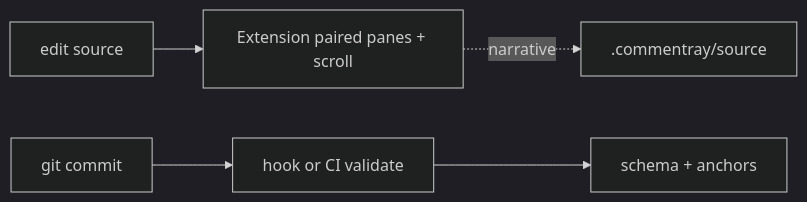
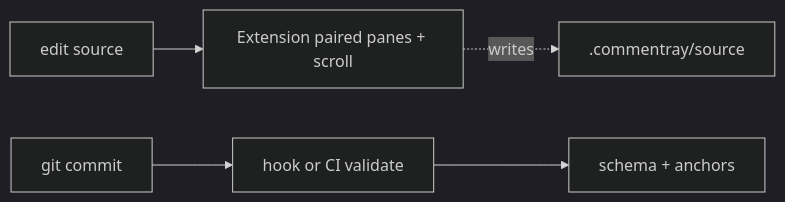
The diagram in .commentray/source/docs/plan/plan.md.md (d-led/commentray), drawn with Mermaid (dark theme) before and after one commit. The commit also changed other lines of this file and 10 other files, not shown here.

````diff
--- a/.commentray/source/docs/plan/plan.md.md
+++ b/.commentray/source/docs/plan/plan.md.md
@@ -5,7 +5,7 @@
 ```mermaid
 flowchart LR
   A[edit source] --> B["Extension paired panes + scroll"]
   C[git commit] --> D["hook or CI validate"]
-  B -.->|narrative| E[".commentray/source"]
+  B -.->|writes| E[".commentray/source"]
   D --> F["schema + anchors"]
 ```
````
